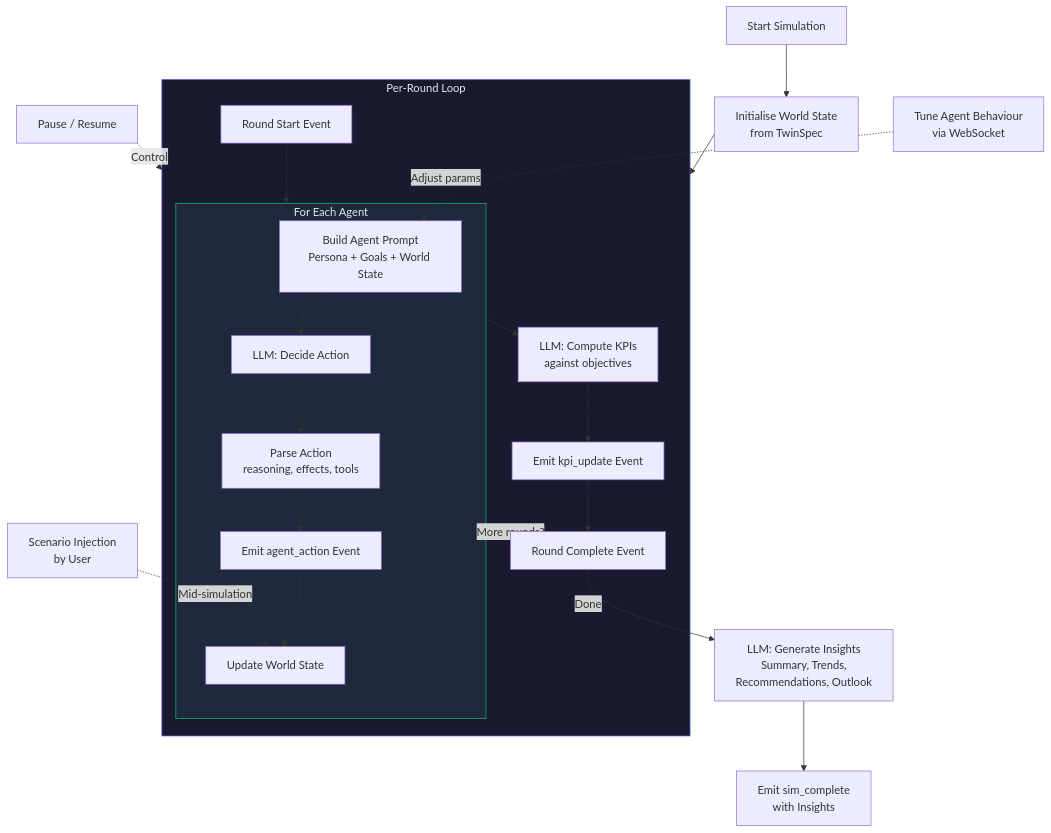
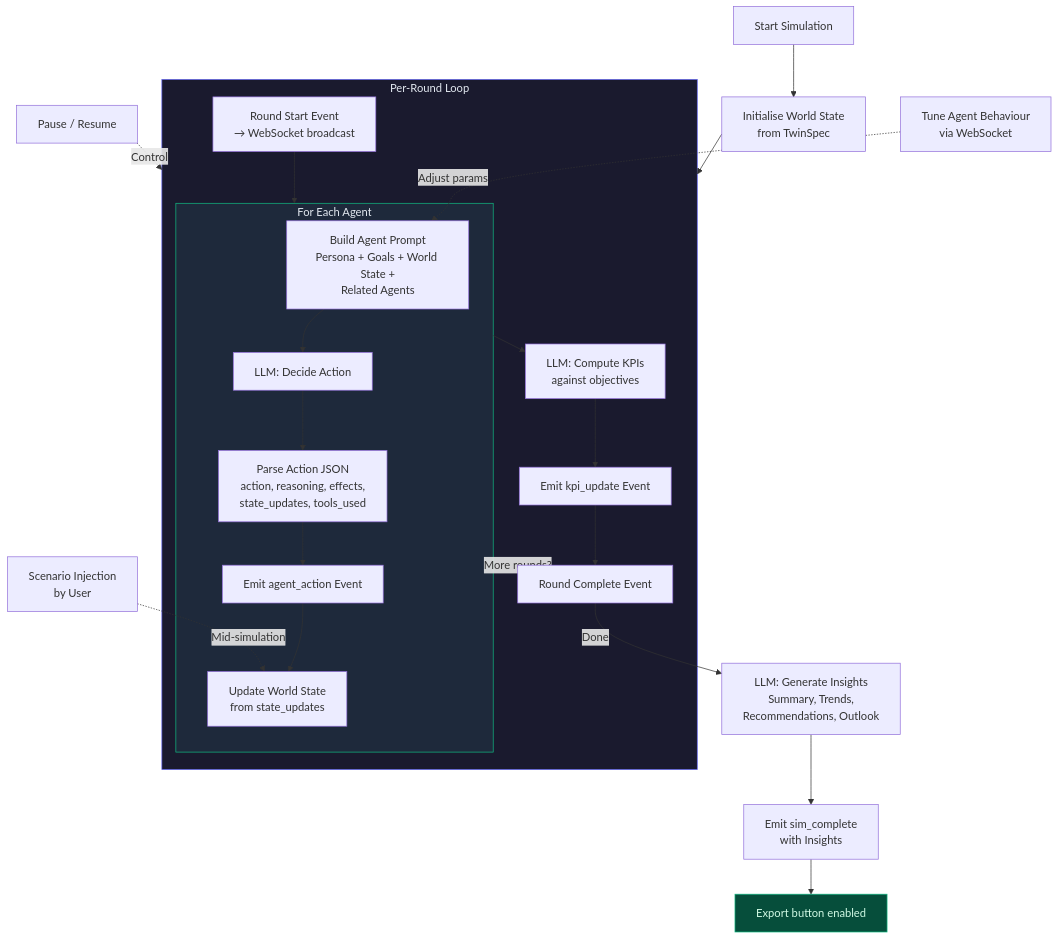
The ninth of 15 diagrams in README.md (anandarupmukherjee/WeaveX), drawn with Mermaid before and after one commit. The commit also changed other lines of this file, not shown here.

First line of the commit message:
Update README with detailed flowcharts for all pipelines

````diff
--- a/README.md
+++ b/README.md
@@ -260,34 +415,37 @@
 ```mermaid
 flowchart TD
     START[Start Simulation] --> INIT[Initialise World State<br/>from TwinSpec]
     INIT --> ROUND
 
     subgraph ROUND["Per-Round Loop"]
-        RS[Round Start Event] --> AGENT_LOOP
+        RS[Round Start Event<br/>→ WebSocket broadcast]
+        RS --> AGENT_LOOP
 
         subgraph AGENT_LOOP["For Each Agent"]
-            PROMPT[Build Agent Prompt<br/>Persona + Goals + World State]
+            PROMPT[Build Agent Prompt<br/>Persona + Goals + World State +<br/>Related Agents]
             PROMPT --> LLM_CALL[LLM: Decide Action]
-            LLM_CALL --> ACTION[Parse Action<br/>reasoning, effects, tools]
-            ACTION --> EMIT_ACT[Emit agent_action Event]
-            EMIT_ACT --> UPDATE[Update World State]
+            LLM_CALL --> PARSE[Parse Action JSON<br/>action, reasoning, effects,<br/>state_updates, tools_used]
+            PARSE --> EMIT_ACT[Emit agent_action Event]
+            EMIT_ACT --> UPDATE[Update World State<br/>from state_updates]
         end
 
-        AGENT_LOOP --> KPI[LLM: Compute KPIs<br/>against objectives]
-        KPI --> EMIT_KPI[Emit kpi_update Event]
+        AGENT_LOOP --> KPI_COMPUTE[LLM: Compute KPIs<br/>against objectives]
+        KPI_COMPUTE --> EMIT_KPI[Emit kpi_update Event]
         EMIT_KPI --> RC[Round Complete Event]
     end
 
     RC -->|More rounds?| ROUND
     RC -->|Done| INSIGHTS
 
     INSIGHTS[LLM: Generate Insights<br/>Summary, Trends,<br/>Recommendations, Outlook]
     INSIGHTS --> COMPLETE[Emit sim_complete<br/>with Insights]
+    COMPLETE --> EXPORT_READY[Export button enabled]
 
     INJECT[Scenario Injection<br/>by User] -.->|Mid-simulation| UPDATE
     PAUSE[Pause / Resume] -.->|Control| ROUND
     TUNE[Tune Agent Behaviour<br/>via WebSocket] -.->|Adjust params| PROMPT
 
     style ROUND fill:#1a1a2e,stroke:#6366f1,color:#e2e8f0
     style AGENT_LOOP fill:#1e293b,stroke:#10b981,color:#e2e8f0
+    style EXPORT_READY fill:#064e3b,stroke:#10b981,color:#d1fae5
 ```
````
